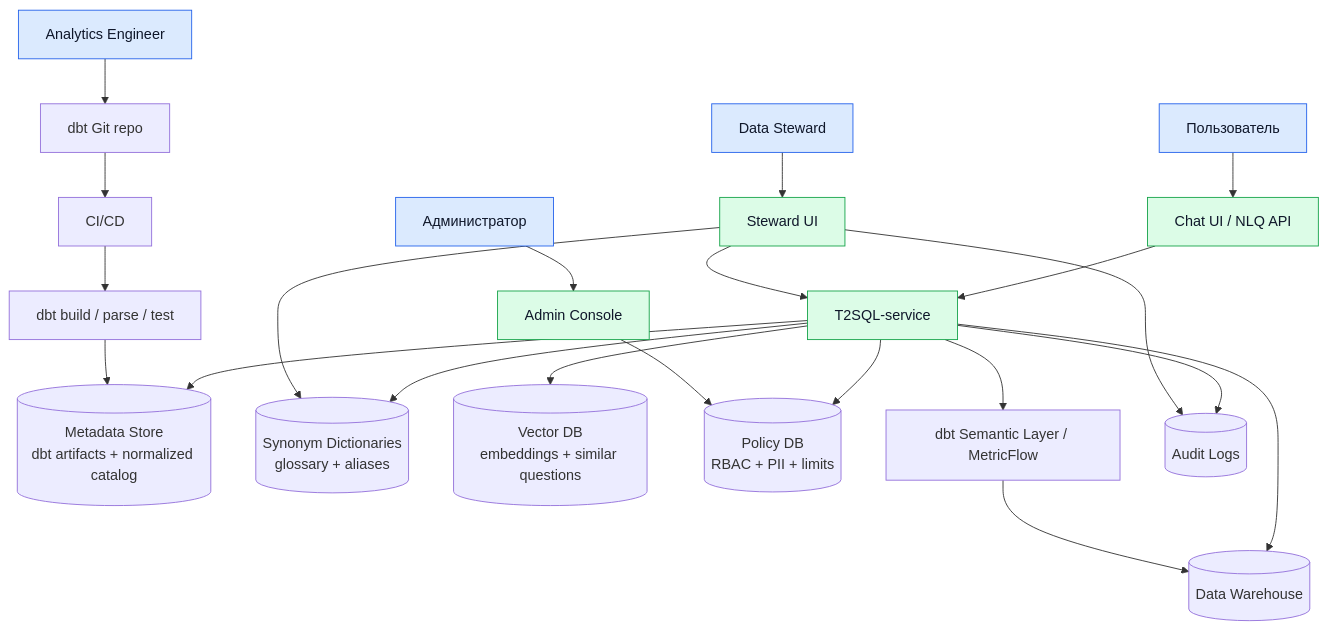
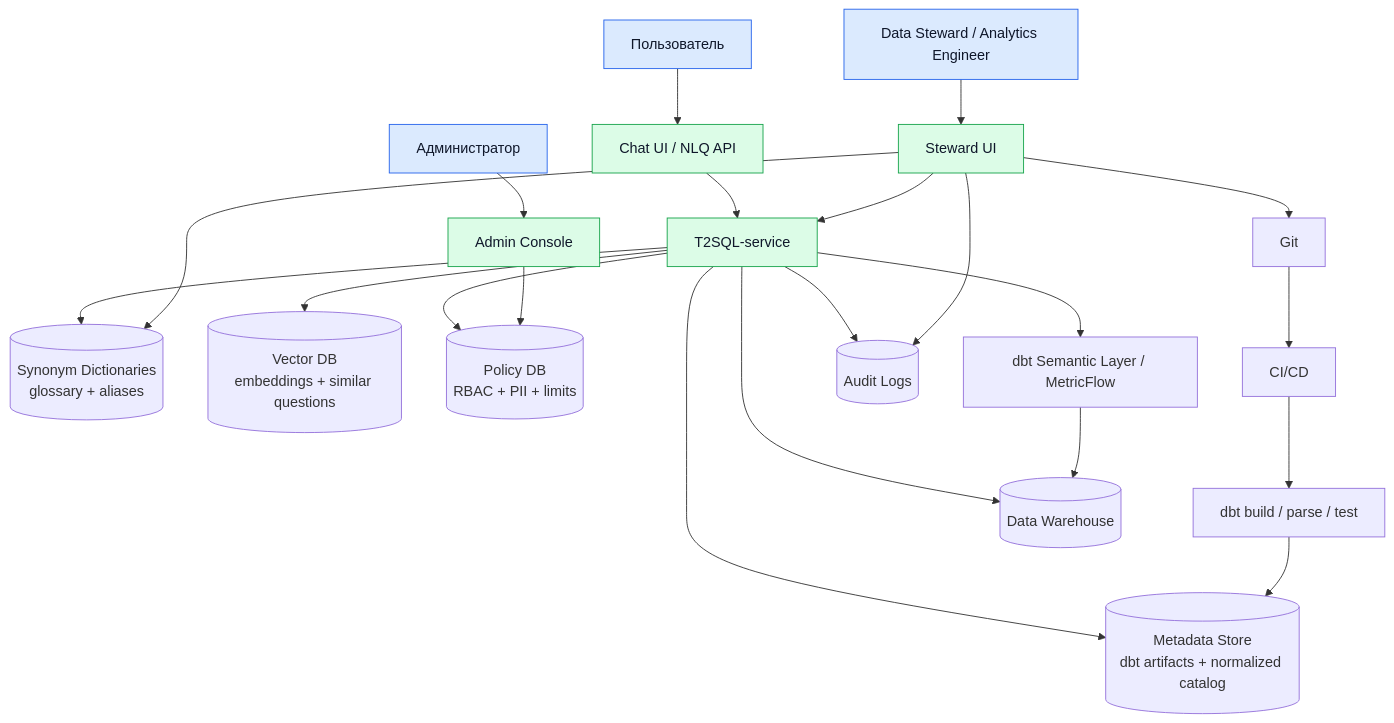
The first of 3 diagrams in spec.md (MikeYu123/texttosql), drawn with Mermaid before and after one commit. The commit also changed other lines of this file and 1 other file, not shown here.

Commit message:
Unify steward and analytics engineer workflows

````diff
--- a/spec.md
+++ b/spec.md
@@ -29,35 +28,35 @@
 ```mermaid
 flowchart TB
     User[Пользователь] --> UI[Chat UI / NLQ API]
     Admin[Администратор] --> AdminUI[Admin Console]
-    Steward[Data Steward] --> StewardUI[Steward UI]
-    AE[Analytics Engineer] --> Git[dbt Git repo]
+    Steward[Data Steward / Analytics Engineer] --> StewardUI[Steward UI]
 
     UI --> T2SQL[T2SQL-service]
 
     T2SQL --> Metadata[(Metadata Store<br/>dbt artifacts + normalized catalog)]
     T2SQL --> Synonyms[(Synonym Dictionaries<br/>glossary + aliases)]
     T2SQL --> VectorDB[(Vector DB<br/>embeddings + similar questions)]
     T2SQL --> PolicyDB[(Policy DB<br/>RBAC + PII + limits)]
 
     Git --> CI[CI/CD]
     CI --> dbt[dbt build / parse / test]
     dbt --> Metadata
 
     T2SQL --> SL[dbt Semantic Layer / MetricFlow]
     T2SQL --> DWH[(Data Warehouse)]
     SL --> DWH
 
     T2SQL --> Audit[(Audit Logs)]
 
     AdminUI --> PolicyDB
     StewardUI --> T2SQL
+    StewardUI --> Git
     StewardUI --> Synonyms
     StewardUI --> Audit
 
     classDef user fill:#dbeafe,stroke:#2563eb,color:#0f172a
     classDef custom fill:#dcfce7,stroke:#16a34a,color:#0f172a
 
-    class User,Admin,Steward,AE user
+    class User,Admin,Steward user
     class UI,AdminUI,StewardUI,T2SQL custom
 ```
````
